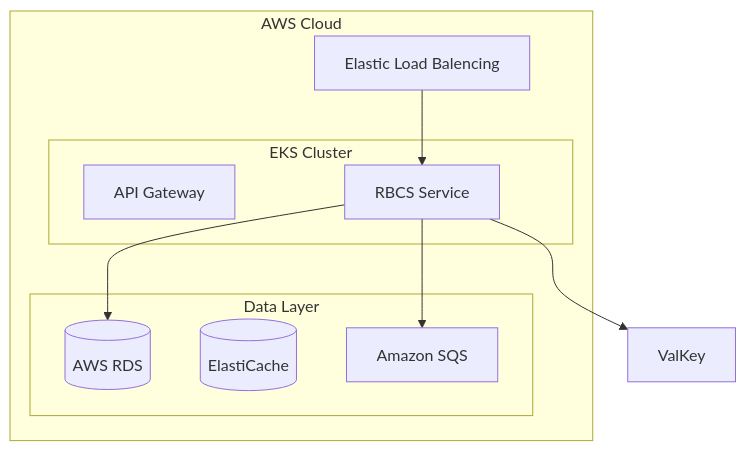
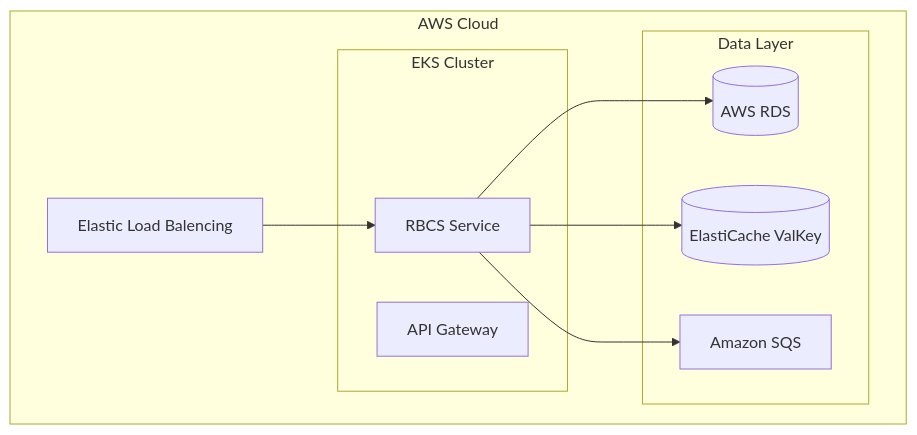
The diagram in README.md (luhui/rbcs), drawn with Mermaid before and after one commit.

Commit message:
[doc]fix mermaid on readme

````diff
--- a/README.md
+++ b/README.md
@@ -84,24 +84,24 @@
 ```mermaid
 graph TB
     subgraph AWS Cloud
 		    ELB[Elastic Load Balencing]
         subgraph EKS Cluster
             API[API Gateway]
             TS[RBCS Service]
         end
 
         subgraph Data Layer
             RDS[(AWS RDS)]
-            Redis[(ElastiCache)]
+            EC[(ElastiCache ValKey)]
             SQS[Amazon SQS]
         end
     end
     
     ELB --> TS
 
     TS --> RDS
 
-    TS --> ValKey
+    TS --> EC
 
     TS --> SQS
 ```
````
